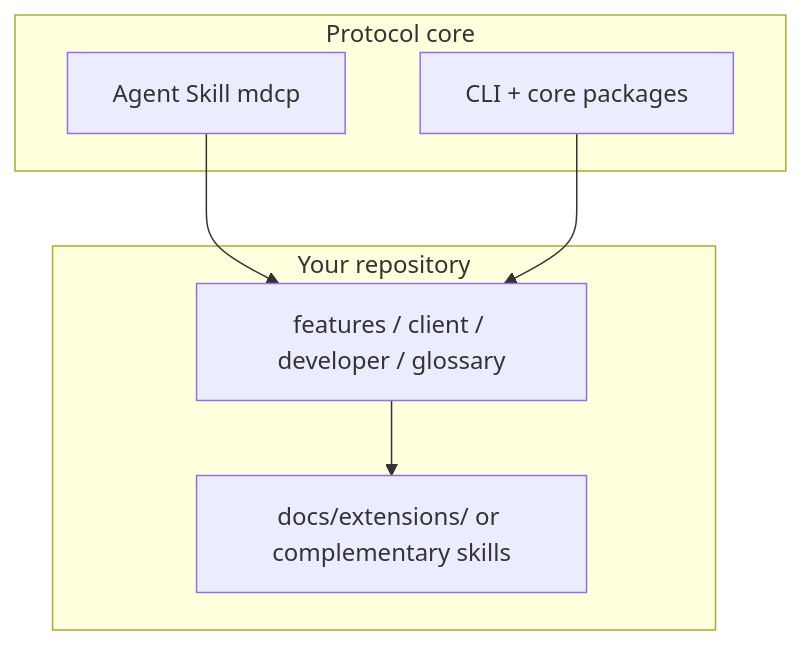
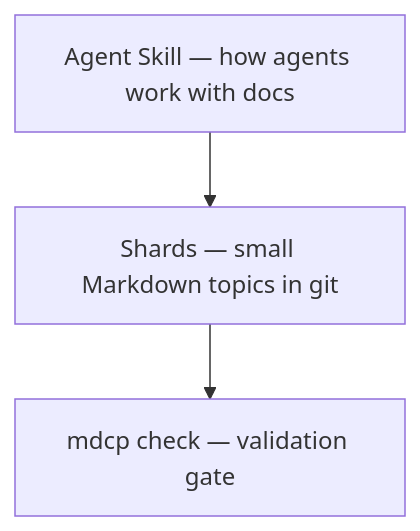
The second of 2 diagrams in docs/repo-readme/mdcp-101.md (betsalel-williamson/mdcp), drawn with Mermaid before and after one commit. The commit also changed other lines of this file, not shown here.

First line of the commit message:
docs(repo-readme): rewrite MDCP 101 for agent-first learners

````diff
--- a/docs/repo-readme/mdcp-101.md
+++ b/docs/repo-readme/mdcp-101.md
@@ -55,16 +49,5 @@
 ```mermaid
 flowchart TB
-  subgraph core["Protocol core"]
-    skill["Agent Skill mdcp"]
-    packages["CLI + core packages"]
-  end
-
-  subgraph repo["Your repository"]
-    shards["features / client / developer / glossary"]
-    ext["docs/extensions/ or complementary skills"]
-  end
-
-  skill --> shards
-  packages --> shards
-  shards --> ext
+  skill["Agent Skill — how agents work with docs"] --> shards["Shards — small Markdown topics in git"]
+  shards --> check["mdcp check — validation gate"]
 ```
````
